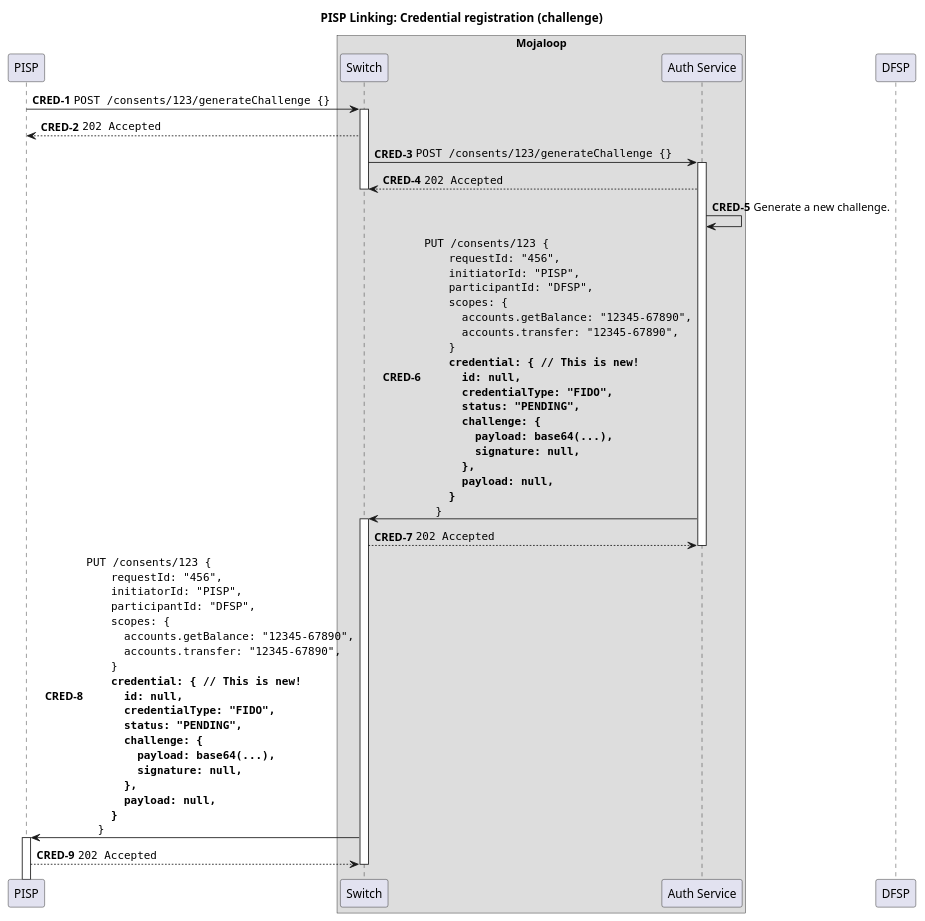
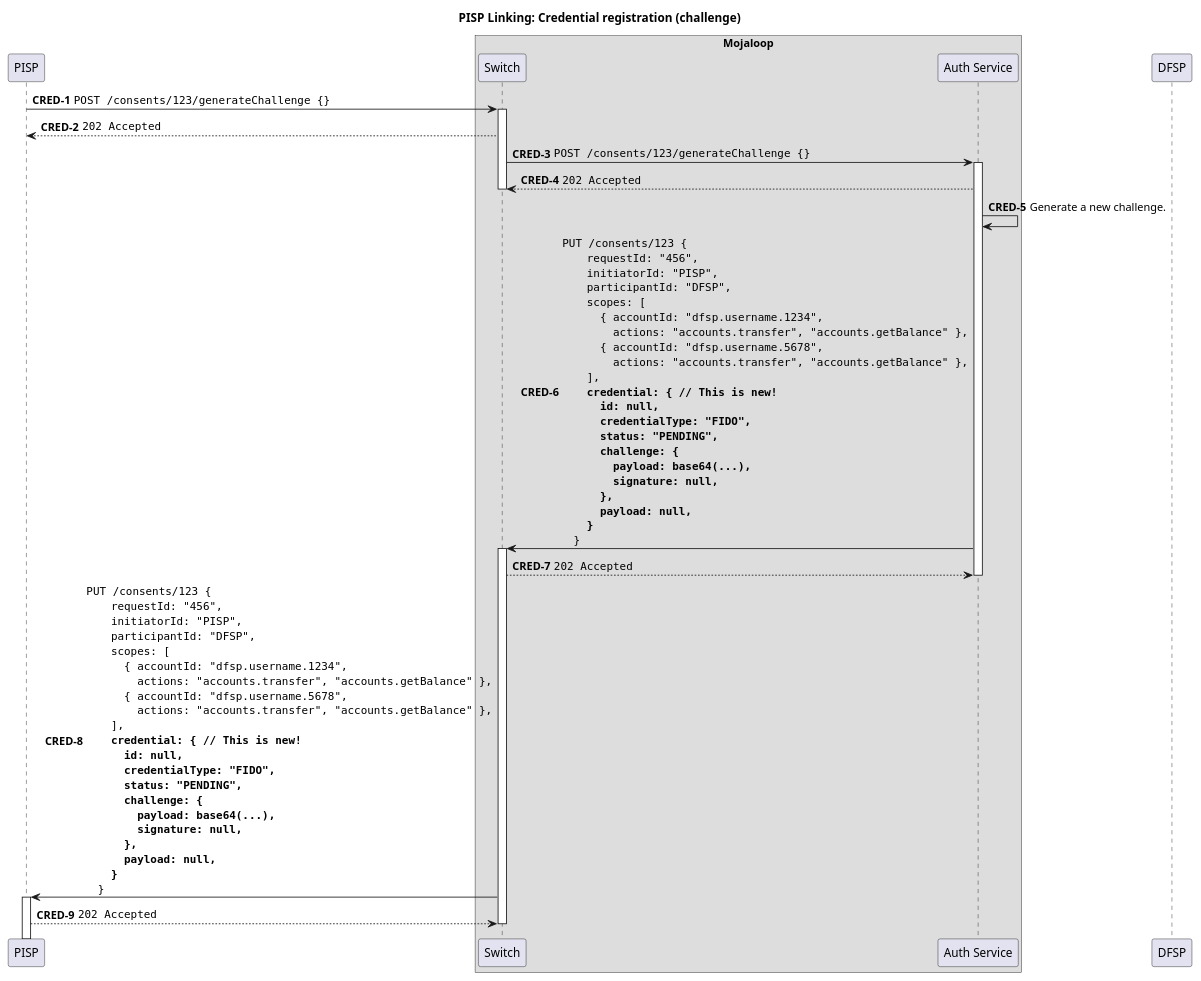
Before and after one commit to mojaloop/pisp-project: the diagram in docs/linking/5a-credential-registration.puml, drawn with PlantUML. The commit also changed 6 other files, not shown here.

Commit message:
Updated sequence diagrams with proper scope structures.

```diff
--- a/docs/linking/5a-credential-registration.puml
+++ b/docs/linking/5a-credential-registration.puml
@@ -1,71 +1,75 @@
 @startuml
 
 !pragma teoz true
 
 title PISP Linking: Credential registration (challenge)
 
 participant "PISP" as PISP
 
 box "Mojaloop"
     participant Switch
     participant "Auth Service" as Auth
 end box
 
 participant "DFSP" as DFSP
 
 autonumber 1 "<b>CRED-#</b>"
 
 PISP -> Switch ++: ""POST /consents/123/generateChallenge {}""
 Switch --> PISP: ""202 Accepted""
 deactivate PISP
 
 Switch -> Auth ++: ""POST /consents/123/generateChallenge {}""
 Auth --> Switch: ""202 Accepted""
 deactivate Switch
 
 Auth -> Auth: Generate a new challenge.
 Auth -> Switch ++: ""PUT /consents/123 {""\n\
     ""  requestId: "456",""\n\
     ""  initiatorId: "PISP",""\n\
     ""  participantId: "DFSP",""\n\
-    ""  scopes: {""\n\
-    ""    accounts.getBalance: "12345-67890",""\n\
-    ""    accounts.transfer: "12345-67890",""\n\
-    ""  }""\n\
+    ""  scopes: [ ""\n\
+    ""    { accountId: "dfsp.username.1234",""\n\
+    ""      actions: "accounts.transfer", "accounts.getBalance" },""\n\
+    ""    { accountId: "dfsp.username.5678",""\n\
+    ""      actions: "accounts.transfer", "accounts.getBalance" },""\n\
+    ""  ],""\n\
     ""  **credential: { // This is new!**""\n\
     ""    **id: null,**""\n\
     ""    **credentialType: "FIDO",**""\n\
     ""    **status: "PENDING",**""\n\
     ""    **challenge: {**""\n\
     ""      **payload: base64(...),**""\n\
     ""      **signature: null,**""\n\
     ""    **},**""\n\
     ""    **payload: null,**""\n\
     ""  **}**""\n\
     ""}""
 Switch --> Auth: ""202 Accepted""
 deactivate Auth
 
 Switch -> PISP ++: ""PUT /consents/123 {""\n\
     ""  requestId: "456",""\n\
     ""  initiatorId: "PISP",""\n\
     ""  participantId: "DFSP",""\n\
-    ""  scopes: {""\n\
-    ""    accounts.getBalance: "12345-67890",""\n\
-    ""    accounts.transfer: "12345-67890",""\n\
-    ""  }""\n\
+    ""  scopes: [ ""\n\
+    ""    { accountId: "dfsp.username.1234",""\n\
+    ""      actions: "accounts.transfer", "accounts.getBalance" },""\n\
+    ""    { accountId: "dfsp.username.5678",""\n\
+    ""      actions: "accounts.transfer", "accounts.getBalance" },""\n\
+    ""  ],""\n\
     ""  **credential: { // This is new!**""\n\
     ""    **id: null,**""\n\
     ""    **credentialType: "FIDO",**""\n\
     ""    **status: "PENDING",**""\n\
     ""    **challenge: {**""\n\
     ""      **payload: base64(...),**""\n\
     ""      **signature: null,**""\n\
     ""    **},**""\n\
     ""    **payload: null,**""\n\
     ""  **}**""\n\
     ""}""
 PISP --> Switch: ""202 Accepted""
 deactivate Switch
 
 @enduml
```
